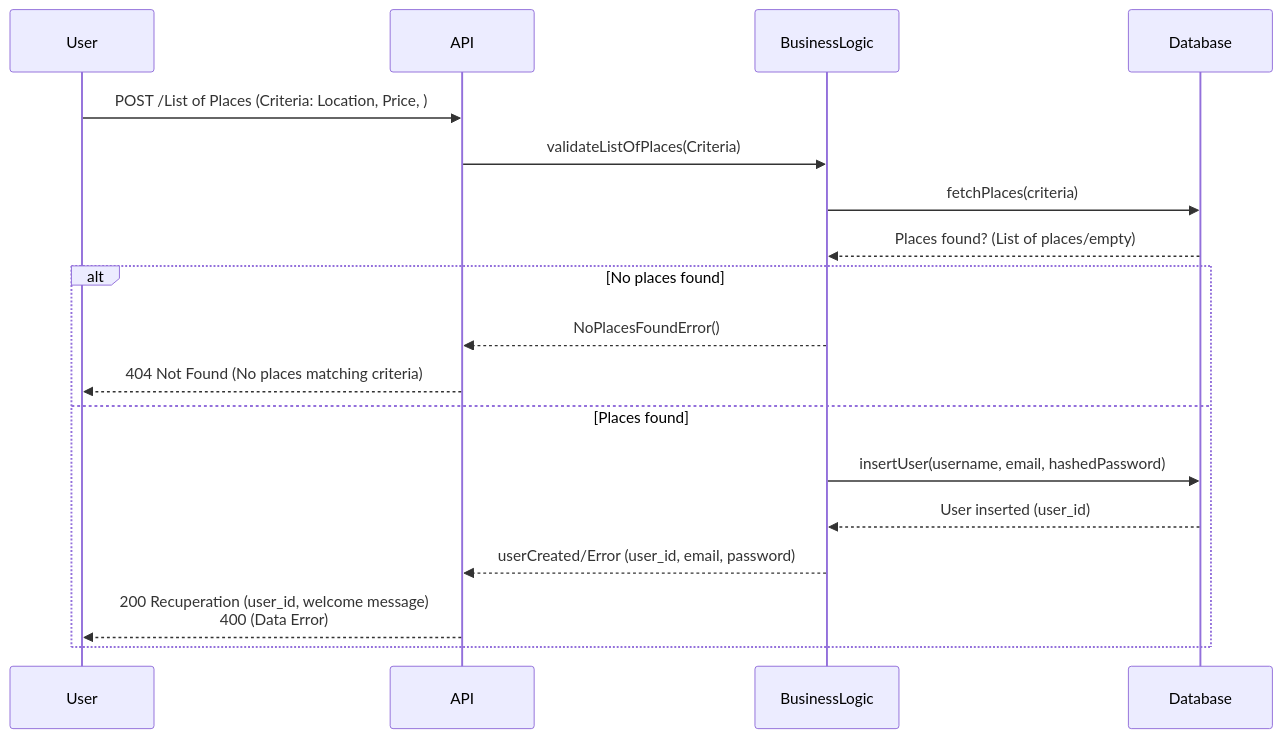
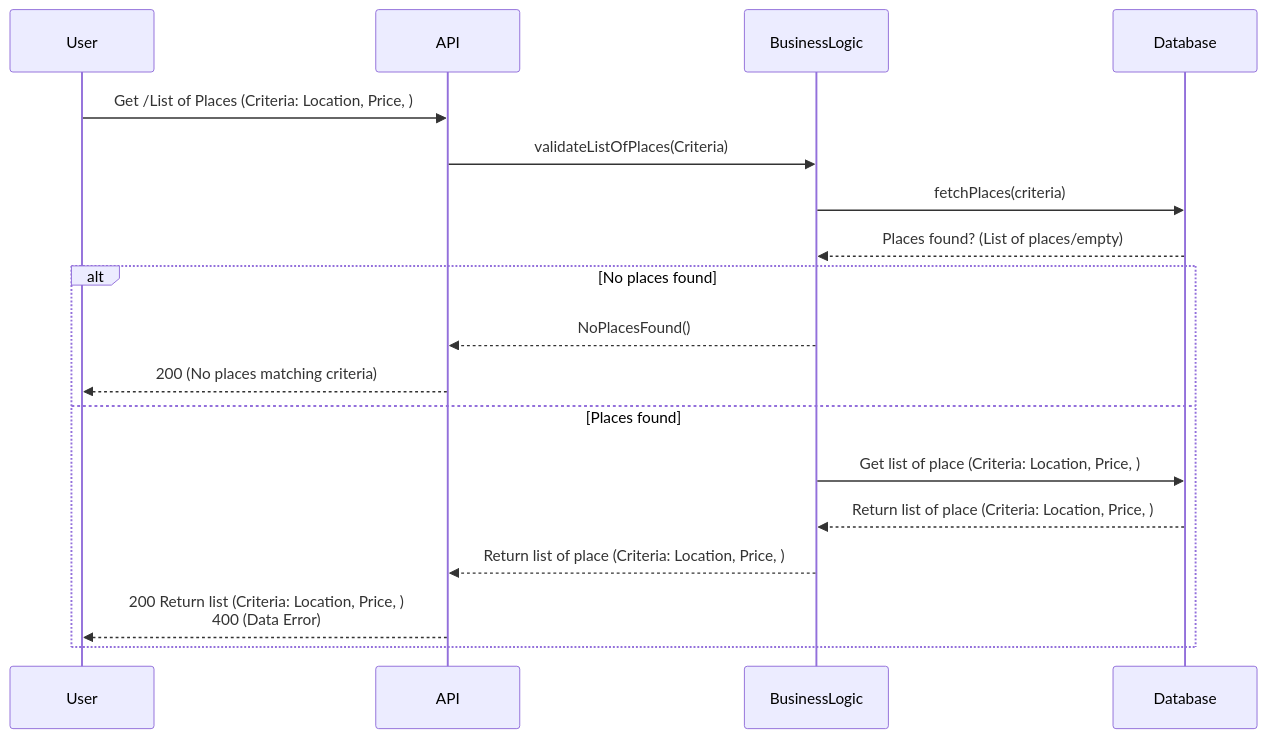
Before and after one commit to dosleam/Project-HbNb: the diagram in UML/Task 2/List_Diagram.md, drawn with Mermaid. The commit also changed other lines of this file, not shown here.

Commit message:
Change list diagram test

````diff
--- a/UML/Task 2/List_Diagram.md
+++ b/UML/Task 2/List_Diagram.md
@@ -3,21 +3,21 @@
 ```mermaid
 sequenceDiagram
     participant User
     participant API
     participant BusinessLogic
     participant Database
 
-    User->>API: POST /List of Places (Criteria: Location, Price, )
+    User->>API: Get /List of Places (Criteria: Location, Price, )
     API->>BusinessLogic: validateListOfPlaces(Criteria)
     BusinessLogic->>Database: fetchPlaces(criteria)
     Database-->>BusinessLogic: Places found? (List of places/empty)
     alt No places found
-        BusinessLogic-->>API: NoPlacesFoundError()
-        API-->>User: 404 Not Found (No places matching criteria)
+        BusinessLogic-->>API: NoPlacesFound()
+        API-->>User: 200 (No places matching criteria)
     else Places found
-        BusinessLogic->>Database: insertUser(username, email, hashedPassword)
-        Database-->>BusinessLogic: User inserted (user_id)
-        BusinessLogic-->>API: userCreated/Error (user_id, email, password)
-        API-->>User: 200 Recuperation (user_id, welcome message) <br />400 (Data Error)
+        BusinessLogic->>Database: Get list of place (Criteria: Location, Price, )
+        Database-->>BusinessLogic: Return list of place (Criteria: Location, Price, )
+        BusinessLogic-->>API: Return list of place (Criteria: Location, Price, )
+        API-->>User: 200 Return list (Criteria: Location, Price, ) <br />400 (Data Error)
     end
 ```
````
